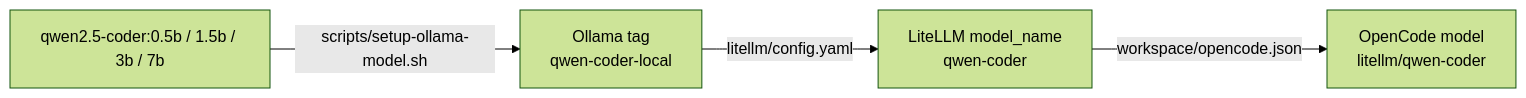
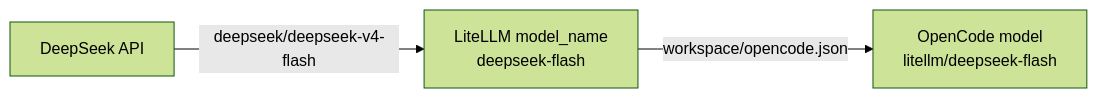
The second of 2 diagrams in README.md (danielgit0/llm-sandbox-environments), drawn with Mermaid (forest theme) before and after one commit. The commit also changed other lines of this file and 2 other files, not shown here.

First line of the commit message:
docs: document DeepSeek-only runtime and local Flutter bridge

````diff
--- a/README.md
+++ b/README.md
@@ -59,6 +56,5 @@
 ```mermaid
 flowchart LR
-    Base["qwen2.5-coder:0.5b / 1.5b / 3b / 7b"] -->|"scripts/setup-ollama-model.sh"| Local["Ollama tag<br/>qwen-coder-local"]
-    Local -->|"litellm/config.yaml"| Alias["LiteLLM model_name<br/>qwen-coder"]
-    Alias -->|"workspace/opencode.json"| Selected["OpenCode model<br/>litellm/qwen-coder"]
+    DeepSeek["DeepSeek API"] -->|"deepseek/deepseek-v4-flash"| LiteLLM["LiteLLM model_name<br/>deepseek-flash"]
+    LiteLLM -->|"workspace/opencode.json"| Selected["OpenCode model<br/>litellm/deepseek-flash"]
 ```
````
